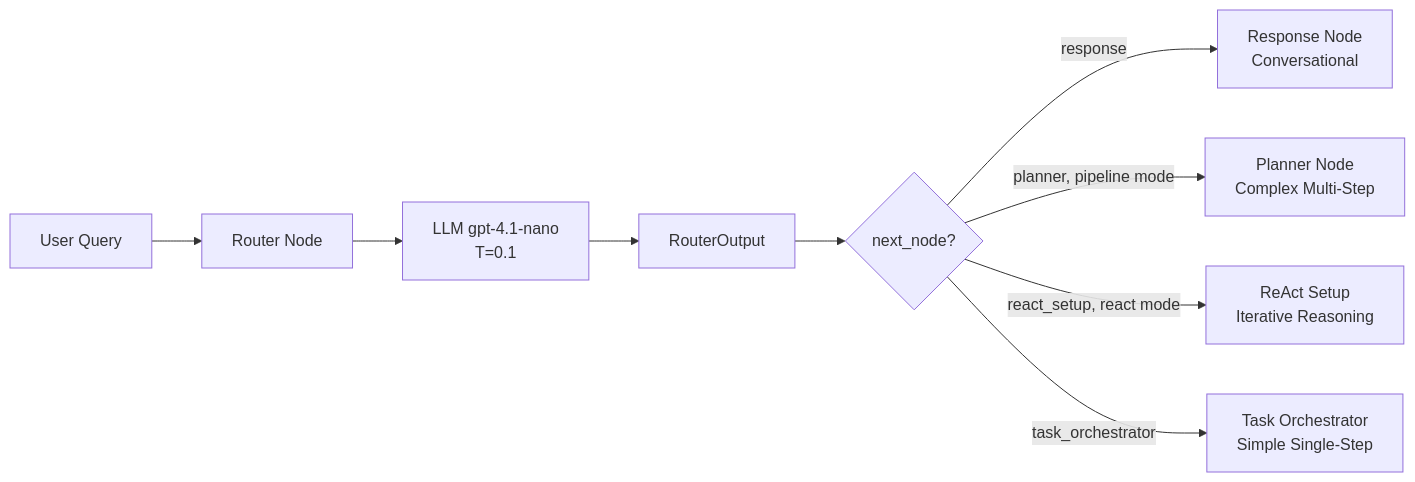
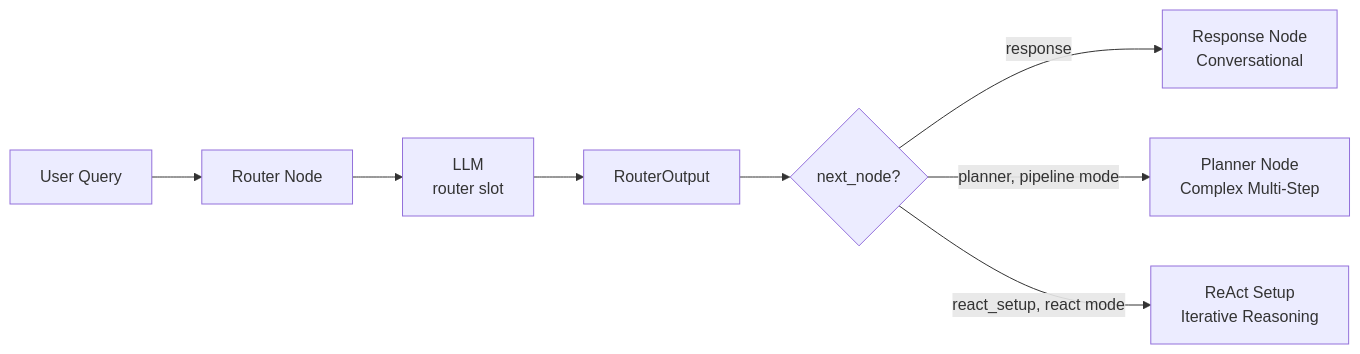
The first of 2 diagrams in docs/technical/ROUTER.md (jgouviergmail/LIA-Assistant), drawn with Mermaid before and after one commit. The commit also changed other lines of this file and 123 other files, not shown here.

````diff
--- a/docs/technical/ROUTER.md
+++ b/docs/technical/ROUTER.md
@@ -37,11 +37,10 @@
 ```mermaid
 graph LR
     A[User Query] --> B[Router Node]
-    B --> C[LLM gpt-4.1-nano<br/>T=0.1]
+    B --> C[LLM<br/>router slot]
     C --> D[RouterOutput]
     D --> E{next_node?}
     E -->|response| F[Response Node<br/>Conversational]
     E -->|planner, pipeline mode| G[Planner Node<br/>Complex Multi-Step]
     E -->|react_setup, react mode| I[ReAct Setup<br/>Iterative Reasoning]
-    E -->|task_orchestrator| H[Task Orchestrator<br/>Simple Single-Step]
 ```
````
